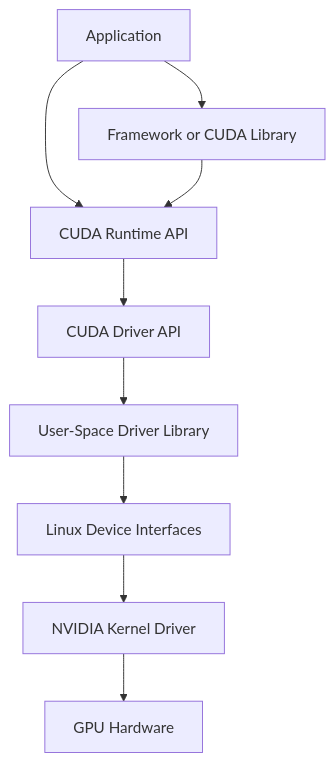
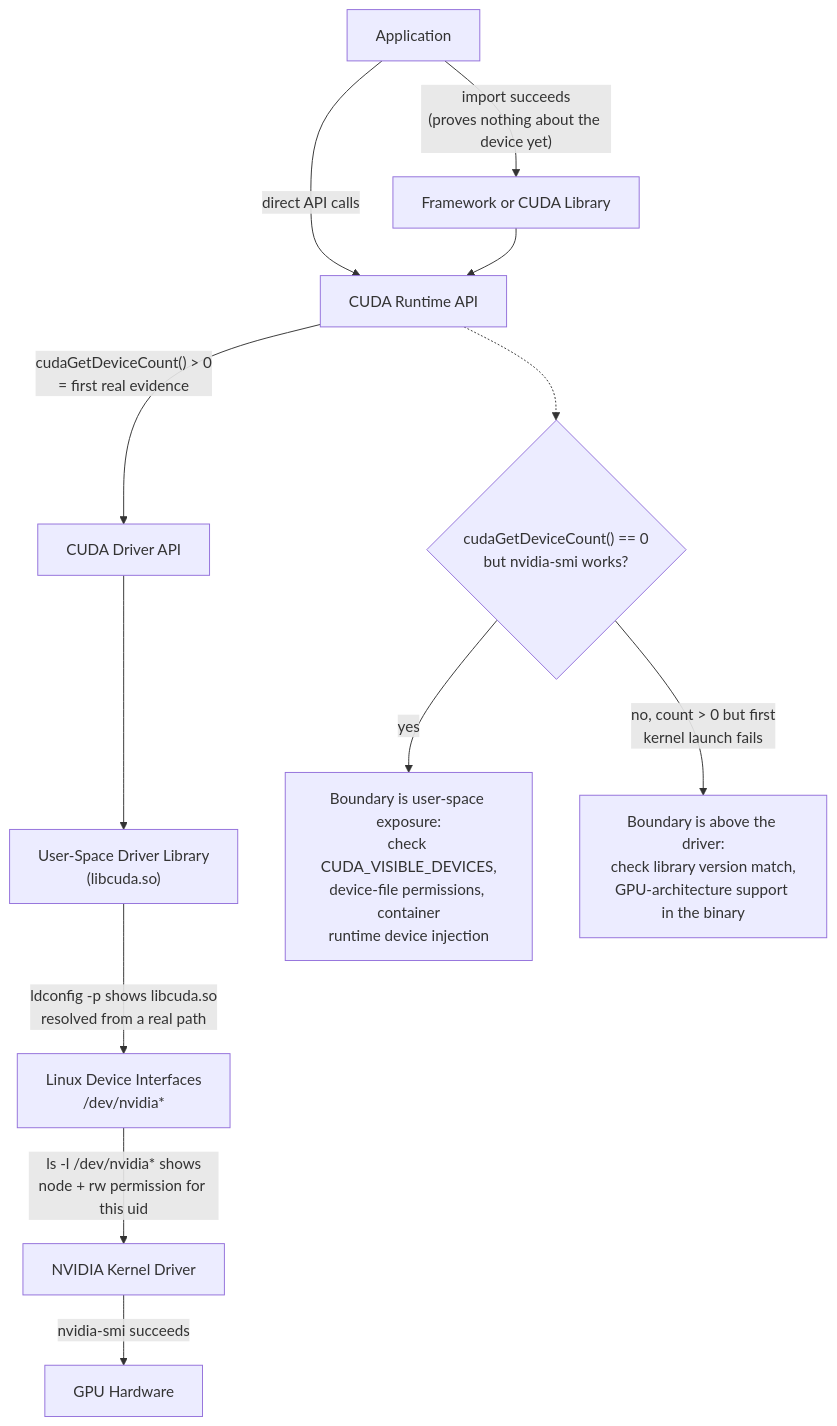
The first of 2 diagrams in docs/nvidia-zero-to-hero/volume-03/chapter-02-cuda-software-stack.md (jithinpnjm/nvidia-devops), drawn with Mermaid before and after one commit. The commit also changed other lines of this file and 16 other files, not shown here.

First line of the commit message:
Depth rework: docs/nvidia-zero-to-hero/volume-03 (CUDA Fundamentals)

````diff
--- a/docs/nvidia-zero-to-hero/volume-03/chapter-02-cuda-software-stack.md
+++ b/docs/nvidia-zero-to-hero/volume-03/chapter-02-cuda-software-stack.md
@@ -49,20 +49,26 @@
 ```mermaid
 flowchart TD
-    App[Application]
-    Framework[Framework or CUDA Library]
-    Runtime[CUDA Runtime API]
-    DriverAPI[CUDA Driver API]
-    UserMode[User-Space Driver Library]
-    KernelMode[NVIDIA Kernel Driver]
-    DeviceFiles[Linux Device Interfaces]
-    GPU[GPU Hardware]
+    App["Application"]
+    Framework["Framework or CUDA Library"]
+    Runtime["CUDA Runtime API"]
+    DriverAPI["CUDA Driver API"]
+    UserMode["User-Space Driver Library\n(libcuda.so)"]
+    KernelMode["NVIDIA Kernel Driver"]
+    DeviceFiles["Linux Device Interfaces\n/dev/nvidia*"]
+    GPU["GPU Hardware"]
 
-    App --> Framework
-    App --> Runtime
+    App -->|"import succeeds\n(proves nothing about the device yet)"| Framework
+    App -->|"direct API calls"| Runtime
     Framework --> Runtime
-    Runtime --> DriverAPI
+    Runtime -->|"cudaGetDeviceCount() &gt; 0\n= first real evidence"| DriverAPI
     DriverAPI --> UserMode
-    UserMode --> DeviceFiles
-    DeviceFiles --> KernelMode
-    KernelMode --> GPU
+    UserMode -->|"ldconfig -p shows libcuda.so\nresolved from a real path"| DeviceFiles
+    DeviceFiles -->|"ls -l /dev/nvidia* shows\nnode + rw permission for this uid"| KernelMode
+    KernelMode -->|"nvidia-smi succeeds"| GPU
+
+    Bottleneck1{"cudaGetDeviceCount() == 0\nbut nvidia-smi works?"}
+    Bottleneck1 -->|"yes"| Diag1["Boundary is user-space exposure:\ncheck CUDA_VISIBLE_DEVICES,\ndevice-file permissions, container\nruntime device injection"]
+    Bottleneck1 -->|"no, count &gt; 0 but first\nkernel launch fails"| Diag2["Boundary is above the driver:\ncheck library version match,\nGPU-architecture support in the binary"]
+
+    Runtime -.-> Bottleneck1
 ```
````
